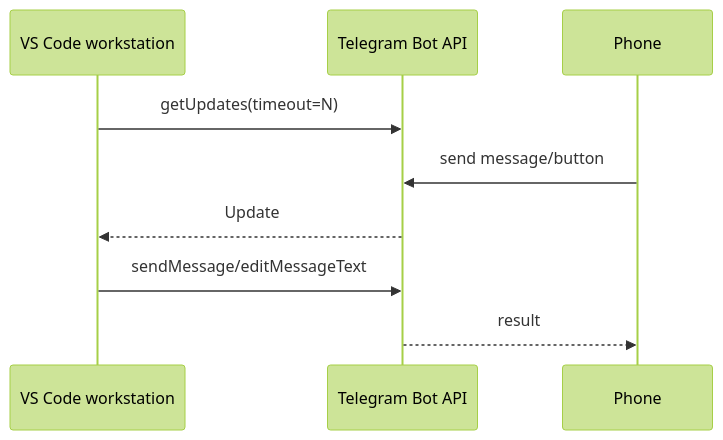
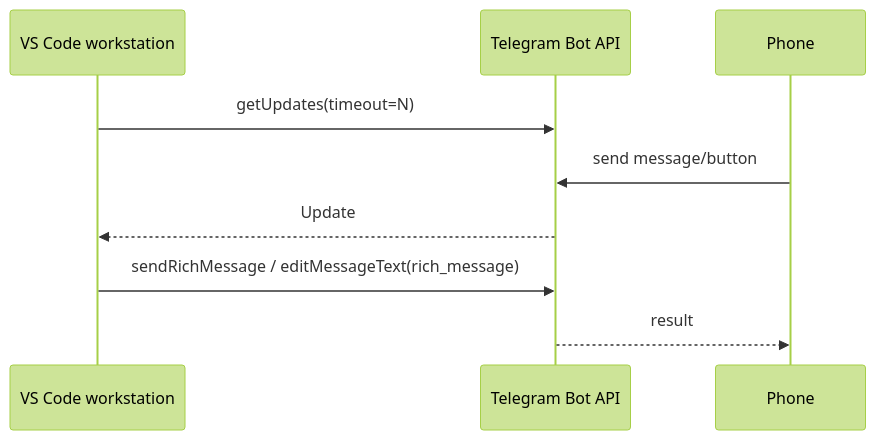
The fourth of 5 diagrams in extensions/copilot/docs/telegram-remote/ARCHITECTURE.md (SachiHarshitha/vscode-telegram), drawn with Mermaid (forest theme) before and after one commit. The commit also changed other lines of this file and 32 other files, not shown here.

Commit message:
feat: add steerable Telegram rich activity timeline

````diff
--- a/extensions/copilot/docs/telegram-remote/ARCHITECTURE.md
+++ b/extensions/copilot/docs/telegram-remote/ARCHITECTURE.md
@@ -361,12 +388,12 @@
 ```mermaid
 sequenceDiagram
     participant PC as VS Code workstation
     participant T as Telegram Bot API
     participant P as Phone
 
     PC->>T: getUpdates(timeout=N)
     P->>T: send message/button
     T-->>PC: Update
-    PC->>T: sendMessage/editMessageText
+    PC->>T: sendRichMessage / editMessageText(rich_message)
     T-->>P: result
 ```
````
